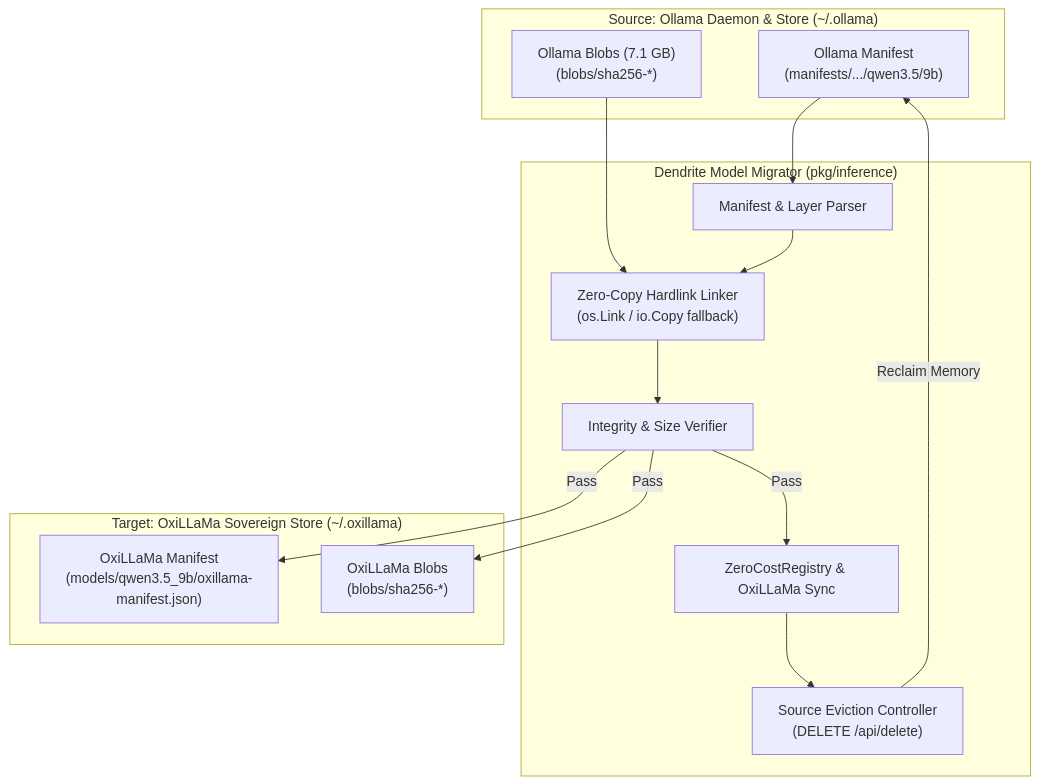
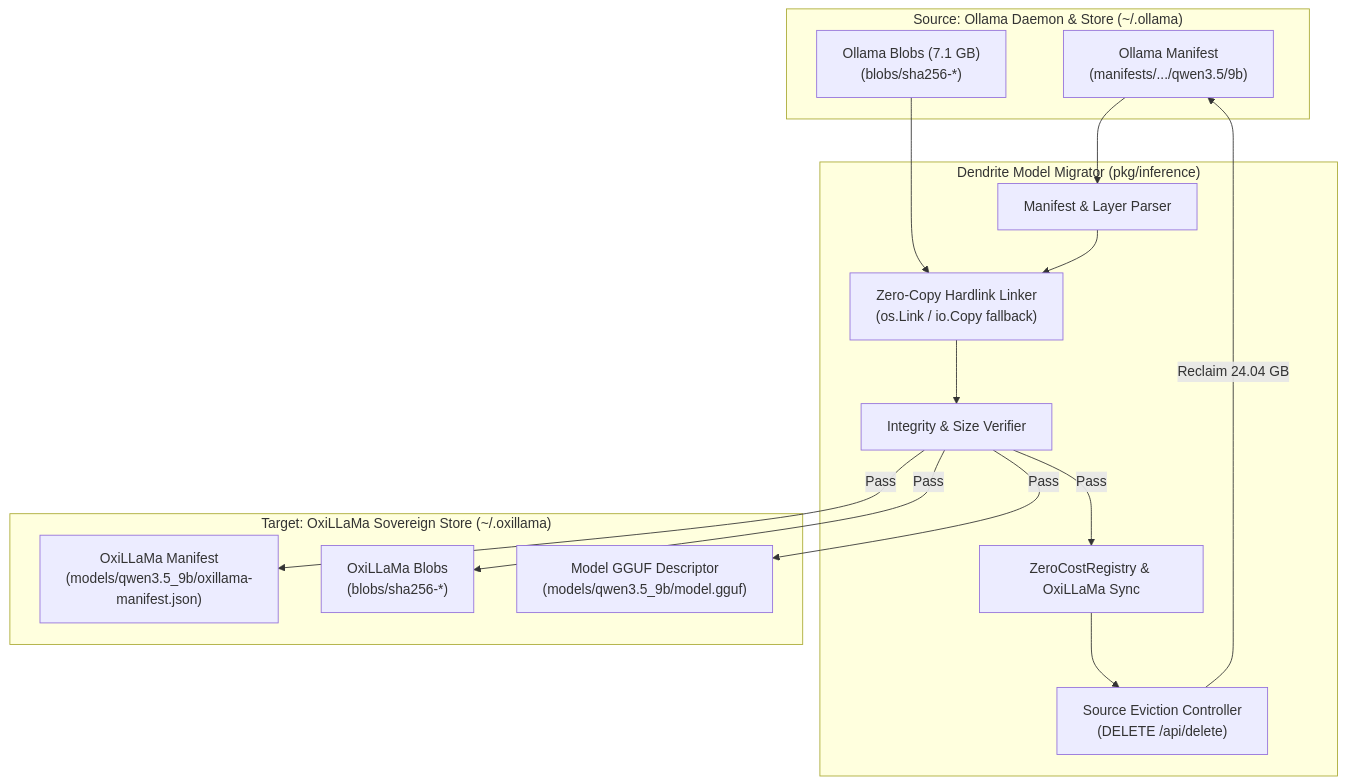
The diagram in docs/features/FEAT-080-ollama-to-oxillama-model-migration.md (yasuomaidana/dendrite), drawn with Mermaid before and after one commit. The commit also changed other lines of this file and 7 other files, not shown here.

````diff
--- a/docs/features/FEAT-080-ollama-to-oxillama-model-migration.md
+++ b/docs/features/FEAT-080-ollama-to-oxillama-model-migration.md
@@ -22,30 +22,32 @@
 ```mermaid
 flowchart TD
     subgraph OllamaSource["Source: Ollama Daemon & Store (~/.ollama)"]
         OM["Ollama Manifest<br/>(manifests/.../qwen3.5/9b)"]
         OB["Ollama Blobs (7.1 GB)<br/>(blobs/sha256-*)"]
     end
 
     subgraph MigratorEngine["Dendrite Model Migrator (pkg/inference)"]
         Parser["Manifest & Layer Parser"]
         Transfer["Zero-Copy Hardlink Linker<br/>(os.Link / io.Copy fallback)"]
         Verifier["Integrity & Size Verifier"]
         RegSync["ZeroCostRegistry & OxiLLaMa Sync"]
         Evictor["Source Eviction Controller<br/>(DELETE /api/delete)"]
     end
 
     subgraph OxiLLaMaTarget["Target: OxiLLaMa Sovereign Store (~/.oxillama)"]
         XM["OxiLLaMa Manifest<br/>(models/qwen3.5_9b/oxillama-manifest.json)"]
         XB["OxiLLaMa Blobs<br/>(blobs/sha256-*)"]
+        XG["Model GGUF Descriptor<br/>(models/qwen3.5_9b/model.gguf)"]
     end
 
     OM --> Parser
     OB --> Transfer
     Parser --> Transfer
     Transfer --> Verifier
     Verifier -->|Pass| XM
     Verifier -->|Pass| XB
+    Verifier -->|Pass| XG
     Verifier -->|Pass| RegSync
     RegSync --> Evictor
-    Evictor -->|Reclaim Memory| OM
+    Evictor -->|Reclaim 24.04 GB| OM
 ```
````
